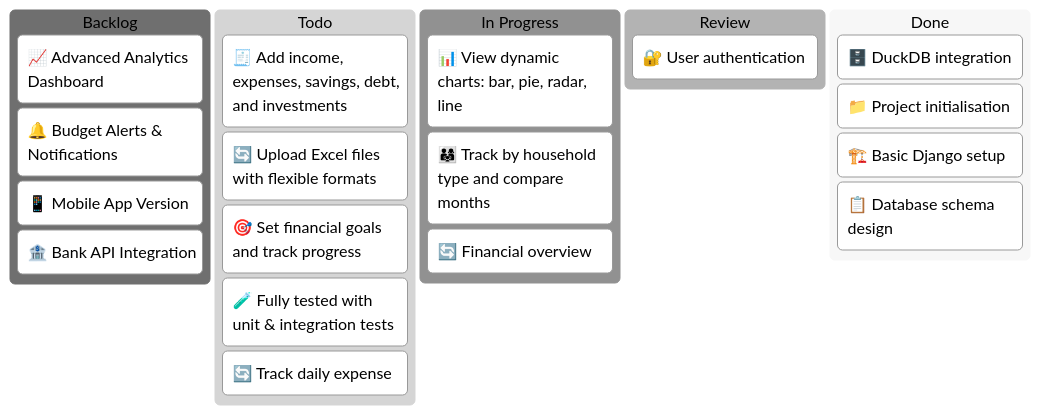
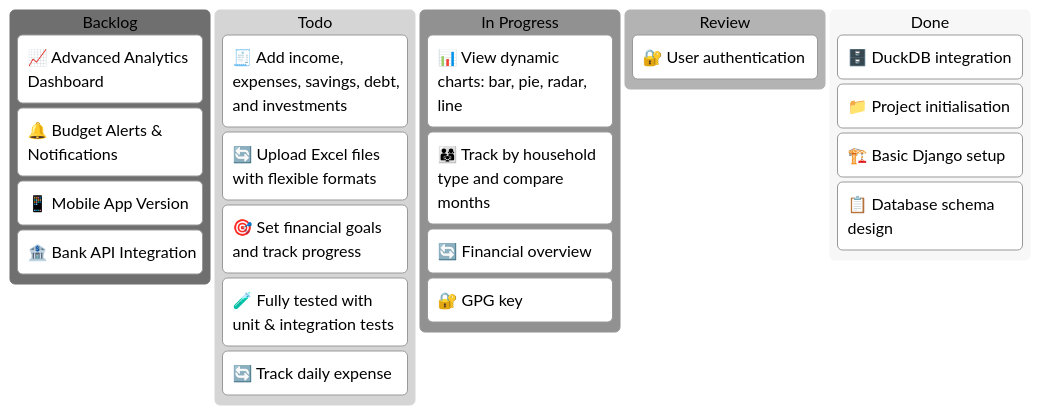
The diagram in README.md (ChiaZen/personal-finance-tracker), drawn with Mermaid (neutral theme) before and after one commit.

````diff
--- a/README.md
+++ b/README.md
@@ -21,29 +21,30 @@
 ```mermaid
 kanban
     Backlog
         📈 Advanced Analytics Dashboard
         🔔 Budget Alerts & Notifications
         📱 Mobile App Version
         🏦 Bank API Integration
 
     Todo
         🧾 Add income, expenses, savings, debt, and investments
         🔄 Upload Excel files with flexible formats
         🎯 Set financial goals and track progress
         🧪 Fully tested with unit & integration tests
         🔄 Track daily expense
 
     In Progress
         📊 View dynamic charts: bar, pie, radar, line
         👨‍👩‍👧 Track by household type and compare months
         🔄 Financial overview
+        🔐 GPG key
 
     Review
         🔐 User authentication
 
     Done
         🗄️ DuckDB integration
         📁 Project initialisation
         🏗️ Basic Django setup
         📋 Database schema design
 ```
````
